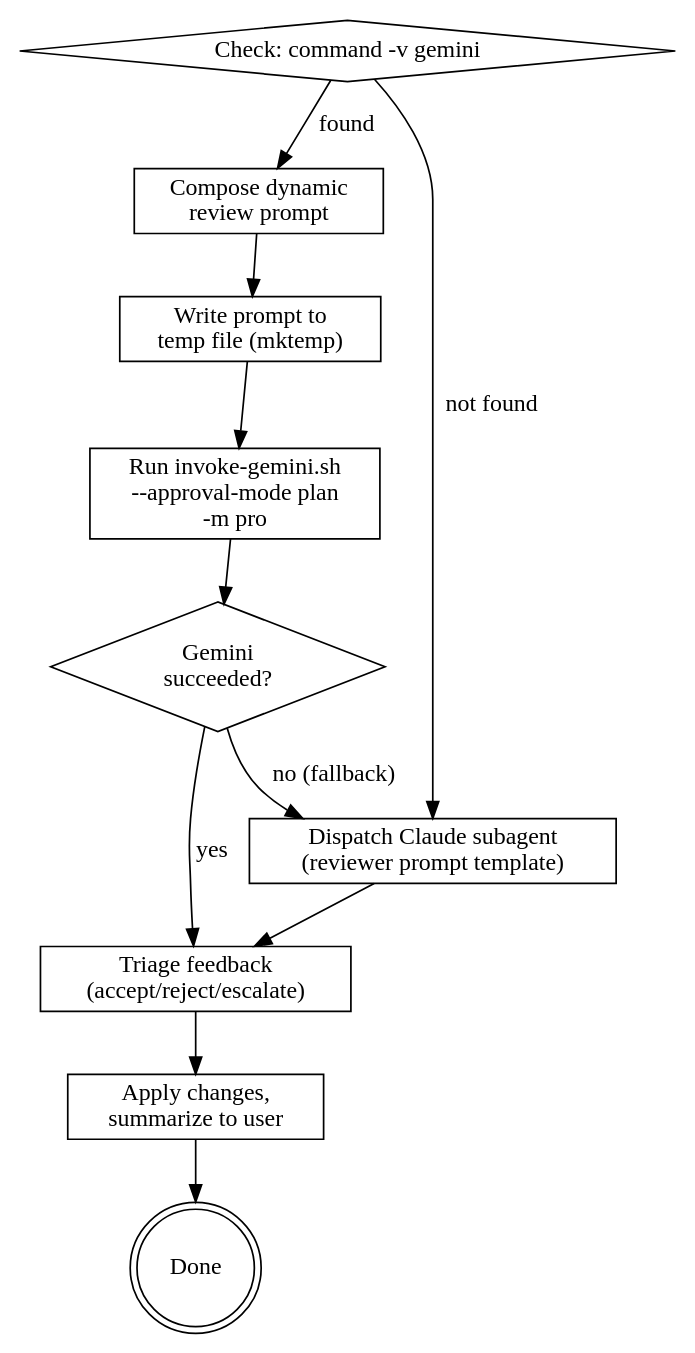
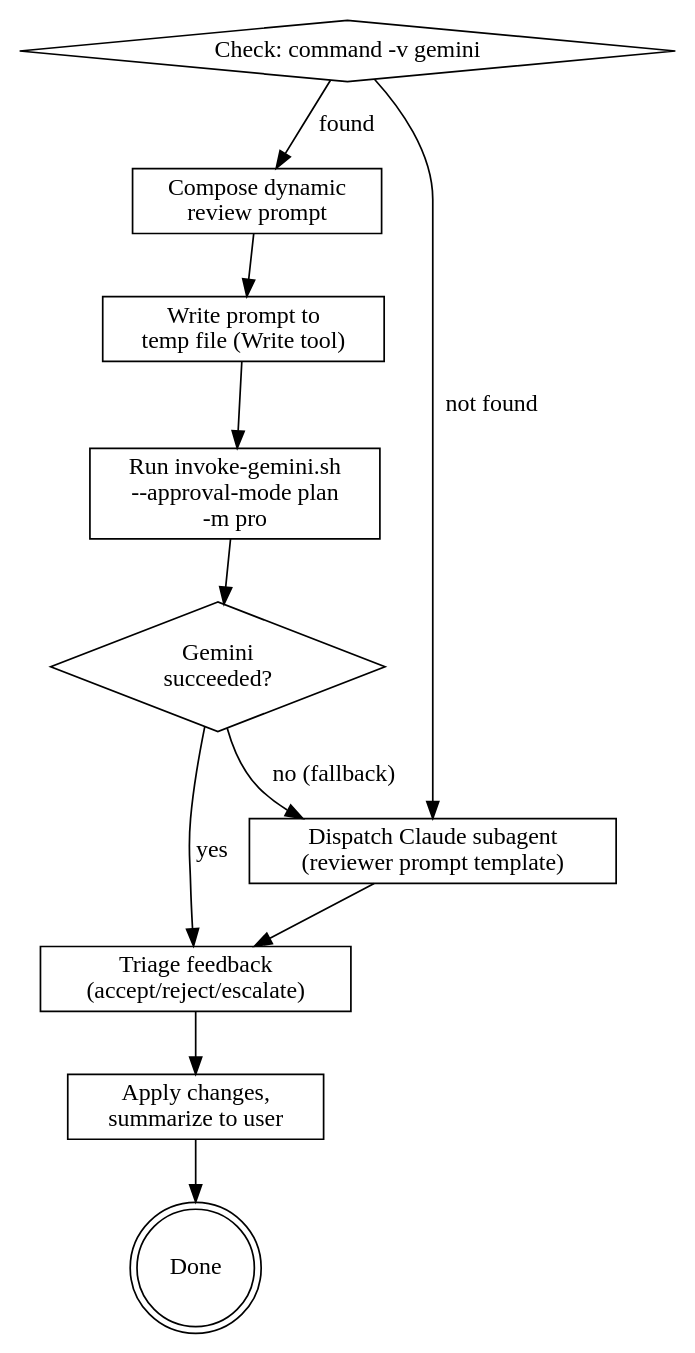
One commit to andybrandt/superartes changed the diagram in skills/gemini-review/SKILL.md. Above: the diagram before and after it, drawn with Graphviz. The commit also changed other lines of this file and 5 other files, not shown here.

````diff
--- a/skills/gemini-review/SKILL.md
+++ b/skills/gemini-review/SKILL.md
@@ -21,24 +21,24 @@
 ```dot
 digraph gemini_review {
     "Check: command -v gemini" [shape=diamond];
     "Compose dynamic\nreview prompt" [shape=box];
-    "Write prompt to\ntemp file (mktemp)" [shape=box];
+    "Write prompt to\ntemp file (Write tool)" [shape=box];
     "Run invoke-gemini.sh\n--approval-mode plan\n-m pro" [shape=box];
     "Gemini\nsucceeded?" [shape=diamond];
     "Dispatch Claude subagent\n(reviewer prompt template)" [shape=box];
     "Triage feedback\n(accept/reject/escalate)" [shape=box];
     "Apply changes,\nsummarize to user" [shape=box];
     "Done" [shape=doublecircle];
 
     "Check: command -v gemini" -> "Compose dynamic\nreview prompt" [label="found"];
     "Check: command -v gemini" -> "Dispatch Claude subagent\n(reviewer prompt template)" [label="not found"];
-    "Compose dynamic\nreview prompt" -> "Write prompt to\ntemp file (mktemp)";
-    "Write prompt to\ntemp file (mktemp)" -> "Run invoke-gemini.sh\n--approval-mode plan\n-m pro";
+    "Compose dynamic\nreview prompt" -> "Write prompt to\ntemp file (Write tool)";
+    "Write prompt to\ntemp file (Write tool)" -> "Run invoke-gemini.sh\n--approval-mode plan\n-m pro";
     "Run invoke-gemini.sh\n--approval-mode plan\n-m pro" -> "Gemini\nsucceeded?";
     "Gemini\nsucceeded?" -> "Triage feedback\n(accept/reject/escalate)" [label="yes"];
     "Gemini\nsucceeded?" -> "Dispatch Claude subagent\n(reviewer prompt template)" [label="no (fallback)"];
     "Dispatch Claude subagent\n(reviewer prompt template)" -> "Triage feedback\n(accept/reject/escalate)";
     "Triage feedback\n(accept/reject/escalate)" -> "Apply changes,\nsummarize to user";
     "Apply changes,\nsummarize to user" -> "Done";
 }
 ```
````
